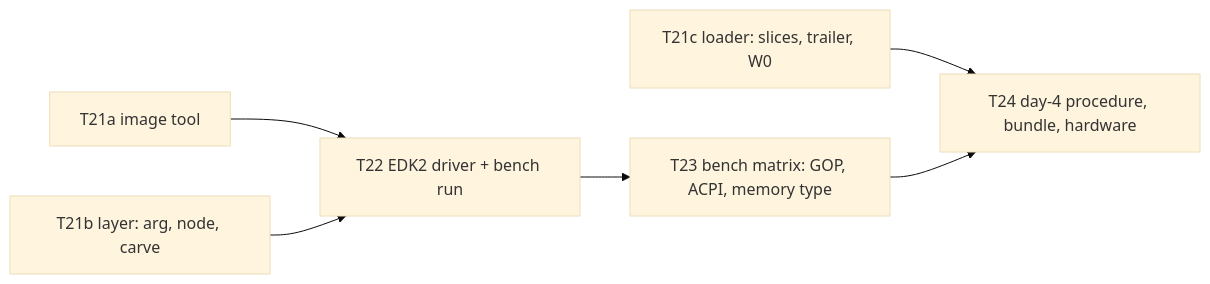
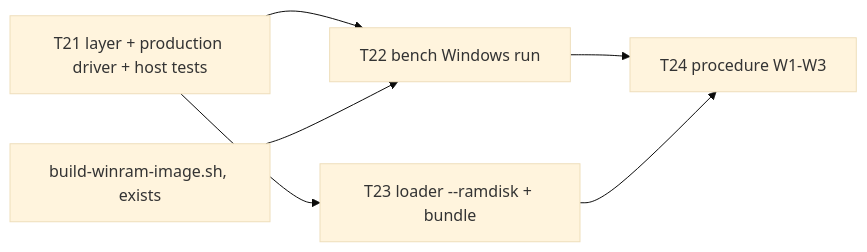
Before and after one commit to ZonatedCord/WatariBoot: the diagram in docs/design/watari-winram/PLAN.md, drawn with Mermaid (base theme). The commit also changed other lines of this file and 4 other files, not shown here.

Commit message:
Review fixes for the winram design (T20): NFIT plus SSDT, image size arithmetic, heap limit, T21-T24 numbering

````diff
--- a/docs/design/watari-winram/PLAN.md
+++ b/docs/design/watari-winram/PLAN.md
@@ -18,8 +31,8 @@
 ```mermaid
 flowchart LR
-  T21a[T21a image tool] --> T22
-  T21b[T21b layer: arg, node, carve] --> T22[T22 EDK2 driver + bench run]
-  T21c[T21c loader: slices, trailer, W0] --> T24
-  T22 --> T23[T23 bench matrix: GOP, ACPI, memory type]
-  T23 --> T24[T24 day-4 procedure, bundle, hardware]
+  T21[T21 layer + production driver + host tests] --> T22[T22 bench Windows run]
+  B[build-winram-image.sh, exists] --> T22
+  T21 --> T23[T23 loader --ramdisk + bundle]
+  T22 --> T24[T24 procedure W1-W3]
+  T23 --> T24
 ```
````
